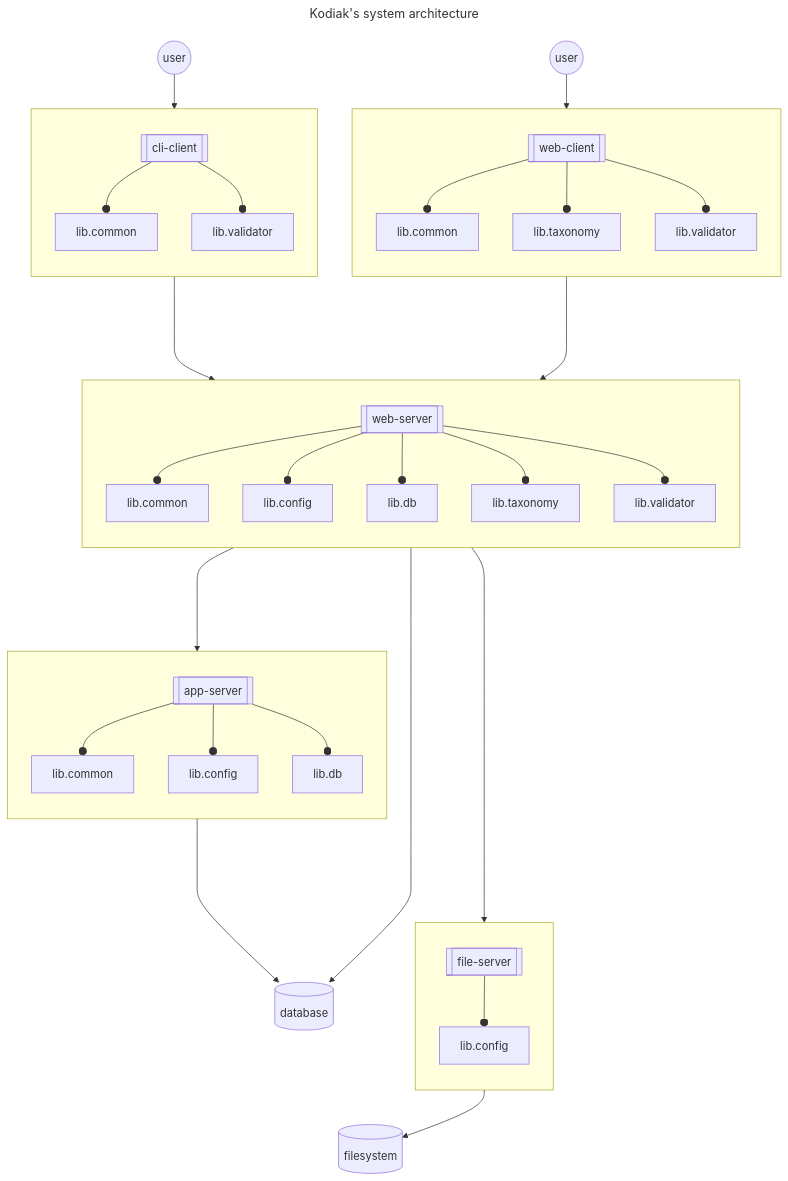
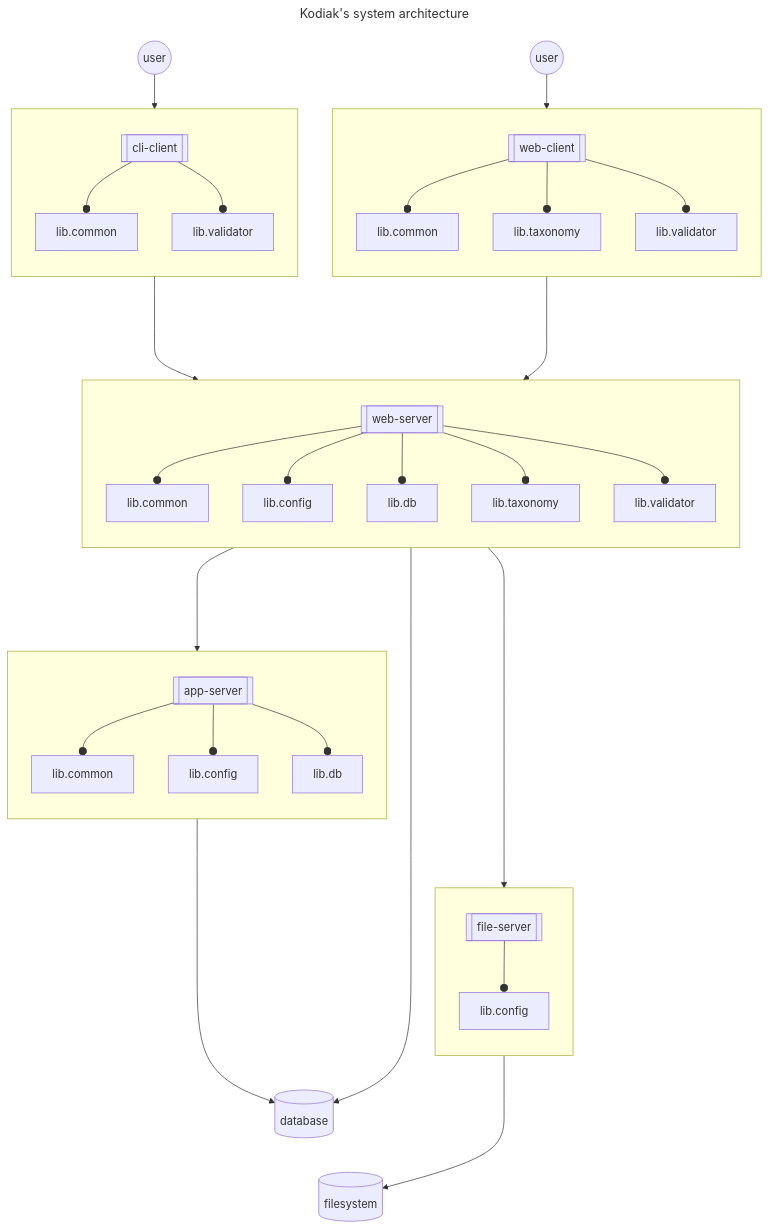
One commit to polarlabs/kodiak-diagrams changed the diagram in SYSTEM-ARCHITECTURE.md. Above: the diagram before and after it, drawn with Mermaid.

Commit message:
fix: arrow to filesystem.

````diff
--- a/SYSTEM-ARCHITECTURE.md
+++ b/SYSTEM-ARCHITECTURE.md
@@ -5,45 +5,45 @@
 ```mermaid
 ---
 title: Kodiak's system architecture
 ---
 flowchart TB
   subgraph user-web[ ]
     direction TB  
     web-client[[web-client]] --o web-client.lib.common[lib.common]
     web-client               --o web-client.lib.taxonomy[lib.taxonomy]
     web-client               --o web-client.lib.validator[lib.validator]
   end
   subgraph user-cli[ ]
     direction TB
     cli-client[[cli-client]] --o cli-client.lib.common[lib.common]
     cli-client               --o cli-client.lib.validator[lib.validator]
   end
   subgraph file-server[ ]
     direction TB
     file-server.api[[file-server]] --o file-server.lib.config[lib.config]
   end
   subgraph web-server[ ]
     direction TB
     web-server.api[[web-server]] --o web-server.lib.common[lib.common]
     web-server.api               --o web-server.lib.config[lib.config]
     web-server.api               --o web-server.lib.db[lib.db]
     web-server.api               --o web-server.lib.taxonomy[lib.taxonomy]
     web-server.api               --o web-server.lib.validator[lib.validator]
   end
   subgraph app-server[ ]
     direction TB
     app-server.api[[app-server]] --o app-server.lib.common[lib.common]
     app-server.api               --o app-server.lib.config[lib.config]
     app-server.api               --o app-server.lib.db[lib.db]
   end
   web-user((user)) -->   web-client
   web-client       ----> web-server.api
   cli-user((user)) -->   cli-client
   cli-client       ----> web-server.api
   web-server.api   ----> app-server.api
   web-server.api   ----> file-server.api
-  file-server      -->   filesystem[(filesystem)]
+  file-server      --->  filesystem[(filesystem)]
   web-server       -->   database[(database)]
   app-server       ----> database
   database         ~~~   filesystem
 ```
````
